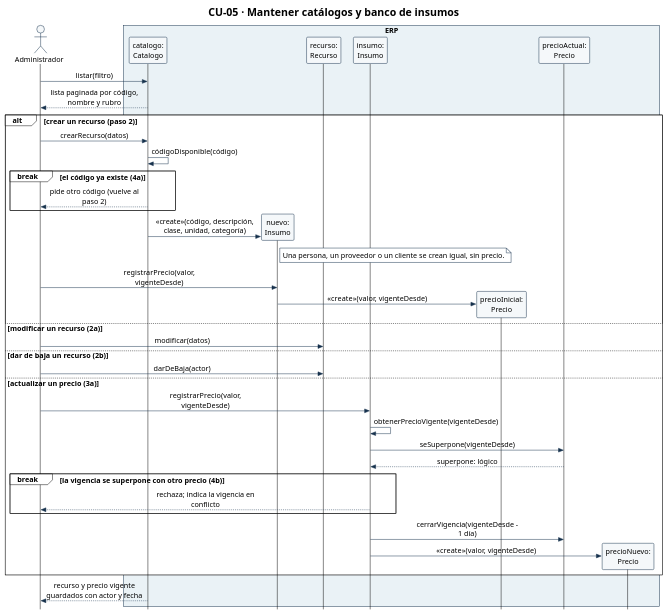
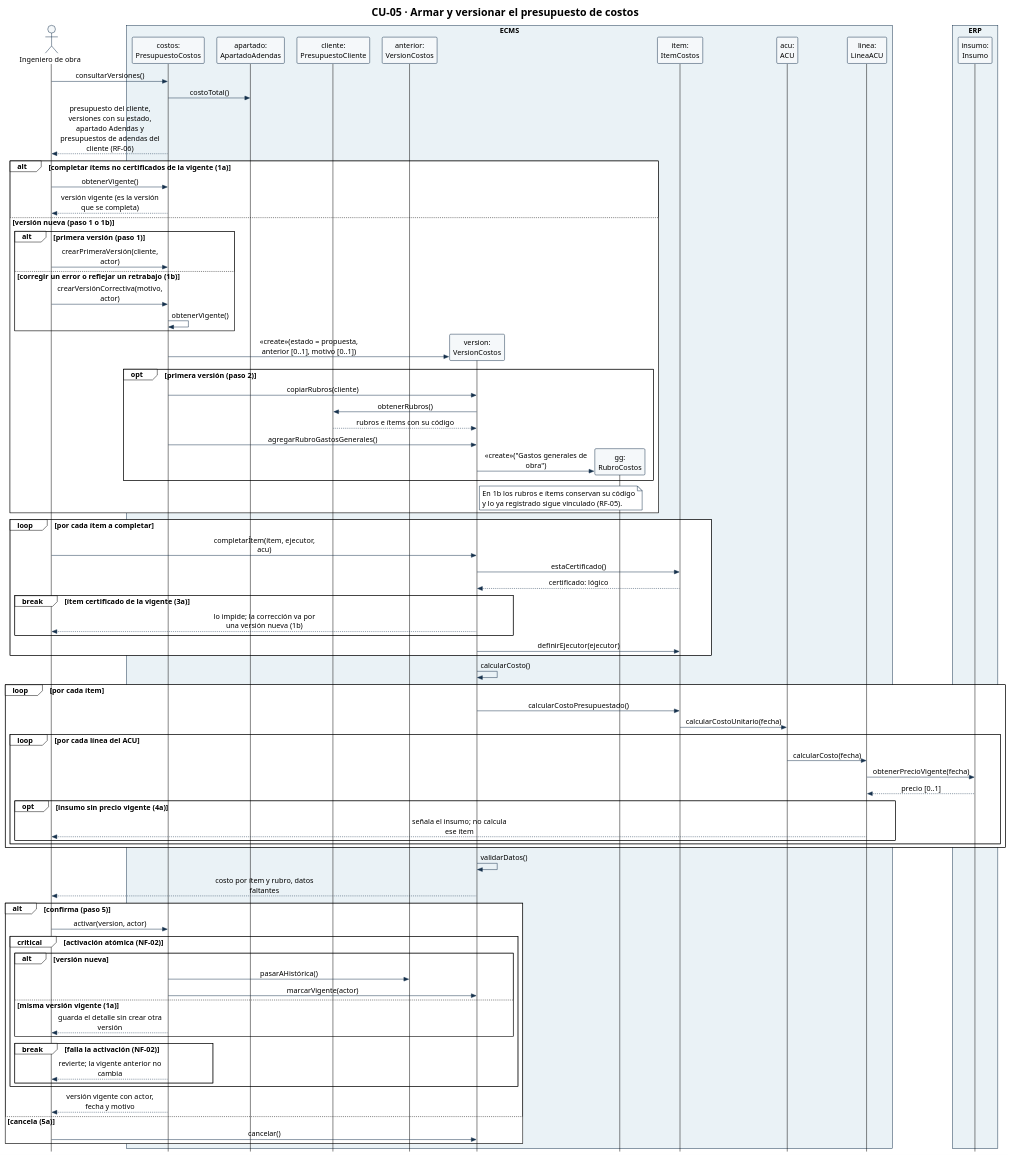
One commit to Ssrrb/tpf-uca changed the diagram in diagramas/CU-05-secuencia.puml. Above: the diagram before and after it, drawn with PlantUML. The commit also changed 51 other files, not shown here.

First line of the commit message:
Renumera los diagramas de CU 1 al 16 en orden de dependencia y saca los que salen del MVP

```diff
--- a/diagramas/CU-05-secuencia.puml
+++ b/diagramas/CU-05-secuencia.puml
@@ -1,68 +1,112 @@
 @startuml
 !theme plain
 skinparam style strictuml
 skinparam shadowing false
 skinparam defaultFontName Arial
 skinparam defaultFontSize 15
 skinparam sequenceMessageAlign center
 skinparam maxMessageSize 220
 skinparam ParticipantPadding 8
 skinparam BoxPadding 6
 skinparam ParticipantBackgroundColor #F5F8FA
 skinparam ParticipantBorderColor #17324D
 skinparam ActorBorderColor #17324D
 skinparam ActorBackgroundColor #F5F8FA
 skinparam ArrowColor #17324D
 skinparam SequenceBoxBorderColor #17324D
 skinparam note {
   BackgroundColor #FFFFFF
   BorderColor #17324D
 }
 hide footbox
-title CU-05 · Mantener catálogos y banco de insumos
-actor "Administrador" as Admin
+title CU-05 · Armar y versionar el presupuesto de costos
+actor "Ingeniero de obra" as Ing
+box "ECMS" #EAF2F6
+participant "costos:\nPresupuestoCostos" as PC
+participant "apartado:\nApartadoAdendas" as Apa
+participant "cliente:\nPresupuestoCliente" as Cli
+participant "anterior:\nVersionCostos" as Ant
+participant "version:\nVersionCostos" as V
+participant "gg:\nRubroCostos" as GG
+participant "item:\nItemCostos" as Item
+participant "acu:\nACU" as Acu
+participant "linea:\nLineaACU" as Lin
+end box
 box "ERP" #EAF2F6
-participant "catalogo:\nCatalogo" as Cat
-participant "nuevo:\nInsumo" as Nue
-participant "recurso:\nRecurso" as Rec
 participant "insumo:\nInsumo" as Ins
-participant "precioInicial:\nPrecio" as PIni
-participant "precioActual:\nPrecio" as PAct
-participant "precioNuevo:\nPrecio" as PNue
 end box
 
-Admin -> Cat: listar(filtro)
-Cat --> Admin: lista paginada por código, nombre y rubro
+Ing -> PC: consultarVersiones()
+PC -> Apa: costoTotal()
+PC --> Ing: presupuesto del cliente, versiones con su estado,\napartado Adendas y presupuestos de adendas del cliente (RF-06)
 
-alt crear un recurso (paso 2)
-  Admin -> Cat: crearRecurso(datos)
-  Cat -> Cat: códigoDisponible(código)
-  break el código ya existe (4a)
-    Cat --> Admin: pide otro código (vuelve al paso 2)
+alt completar ítems no certificados de la vigente (1a)
+  Ing -> PC: obtenerVigente()
+  PC --> Ing: versión vigente (es la versión que se completa)
+else versión nueva (paso 1 o 1b)
+  alt primera versión (paso 1)
+    Ing -> PC: crearPrimeraVersión(cliente, actor)
+  else corregir un error o reflejar un retrabajo (1b)
+    Ing -> PC: crearVersiónCorrectiva(motivo, actor)
+    PC -> PC: obtenerVigente()
   end
-  create Nue
-  Cat -> Nue: «create»(código, descripción, clase, unidad, categoría)
-  note right of Nue
-    Una persona, un proveedor o un cliente se crean igual, sin precio.
+  create V
+  PC -> V: «create»(estado = propuesta, anterior [0..1], motivo [0..1])
+  opt primera versión (paso 2)
+    PC -> V: copiarRubros(cliente)
+    V -> Cli: obtenerRubros()
+    Cli --> V: rubros e ítems con su código
+    PC -> V: agregarRubroGastosGenerales()
+    create GG
+    V -> GG: «create»("Gastos generales de obra")
+  end
+  note right of V
+    En 1b los rubros e ítems conservan su código
+    y lo ya registrado sigue vinculado (RF-05).
   end note
-  Admin -> Nue: registrarPrecio(valor, vigenteDesde)
-  create PIni
-  Nue -> PIni: «create»(valor, vigenteDesde)
-else modificar un recurso (2a)
-  Admin -> Rec: modificar(datos)
-else dar de baja un recurso (2b)
-  Admin -> Rec: darDeBaja(actor)
-else actualizar un precio (3a)
-  Admin -> Ins: registrarPrecio(valor, vigenteDesde)
-  Ins -> Ins: obtenerPrecioVigente(vigenteDesde)
-  Ins -> PAct: seSuperpone(vigenteDesde)
-  PAct --> Ins: superpone: lógico
-  break la vigencia se superpone con otro precio (4b)
-    Ins --> Admin: rechaza; indica la vigencia en conflicto
+end
+
+loop por cada ítem a completar
+  Ing -> V: completarÍtem(ítem, ejecutor, acu)
+  V -> Item: estaCertificado()
+  Item --> V: certificado: lógico
+  break ítem certificado de la vigente (3a)
+    V --> Ing: lo impide; la corrección va por una versión nueva (1b)
   end
-  Ins -> PAct: cerrarVigencia(vigenteDesde - 1 día)
-  create PNue
-  Ins -> PNue: «create»(valor, vigenteDesde)
+  V -> Item: definirEjecutor(ejecutor)
 end
-Cat --> Admin: recurso y precio vigente guardados con actor y fecha
+
+V -> V: calcularCosto()
+loop por cada ítem
+  V -> Item: calcularCostoPresupuestado()
+  Item -> Acu: calcularCostoUnitario(fecha)
+  loop por cada línea del ACU
+    Acu -> Lin: calcularCosto(fecha)
+    Lin -> Ins: obtenerPrecioVigente(fecha)
+    Ins --> Lin: precio [0..1]
+    opt insumo sin precio vigente (4a)
+      Lin --> Ing: señala el insumo; no calcula ese ítem
+    end
+  end
+end
+V -> V: validarDatos()
+V --> Ing: costo por ítem y rubro, datos faltantes
+
+alt confirma (paso 5)
+  Ing -> PC: activar(version, actor)
+  critical activación atómica (NF-02)
+    alt versión nueva
+      PC -> Ant: pasarAHistórica()
+      PC -> V: marcarVigente(actor)
+    else misma versión vigente (1a)
+      PC --> Ing: guarda el detalle sin crear otra versión
+    end
+    break falla la activación (NF-02)
+      PC --> Ing: revierte; la vigente anterior no cambia
+    end
+  end
+  PC --> Ing: versión vigente con actor, fecha y motivo
+else cancela (5a)
+  Ing -> V: cancelar()
+end
 @enduml
```
